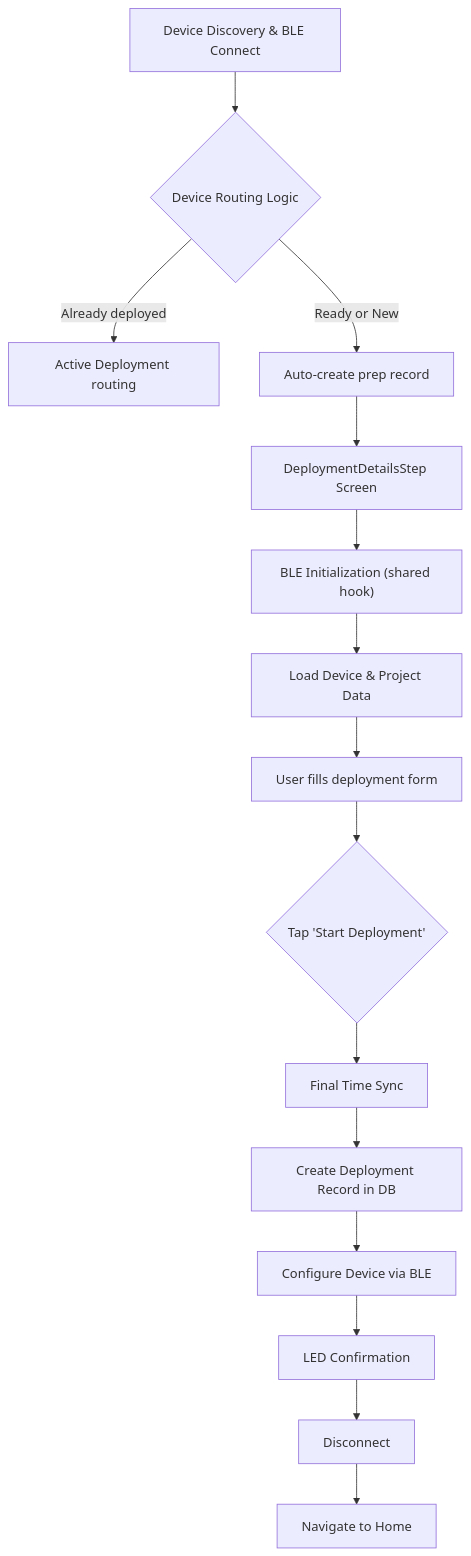
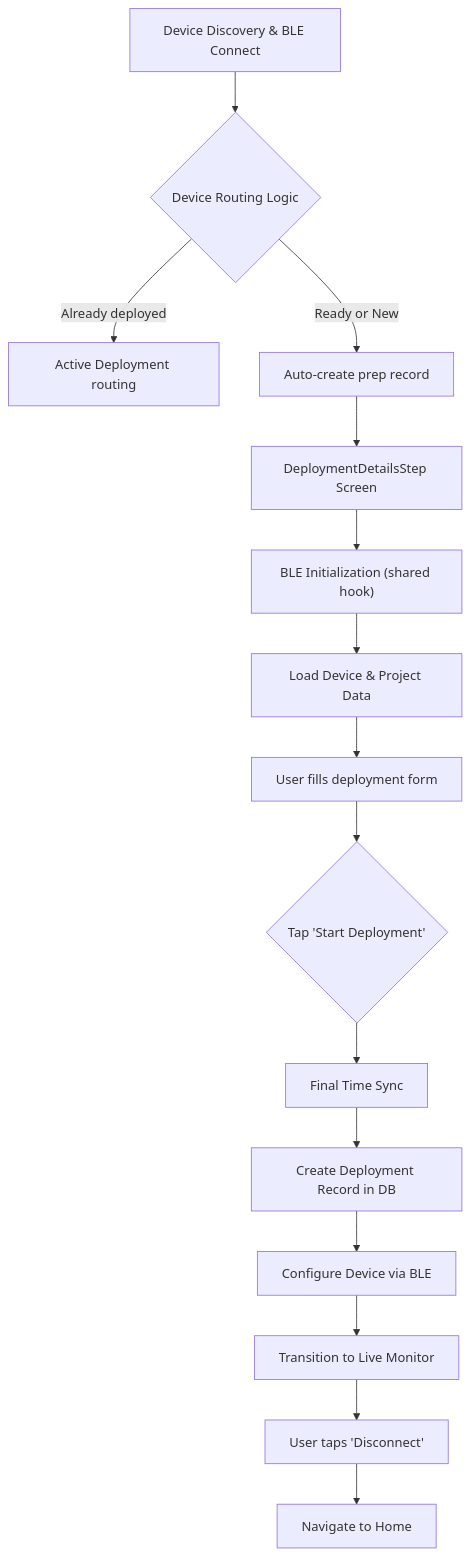
Before and after one commit to wildlifeai/ww-mobile-app: the second of 3 diagrams in documentation/onboarding/04-DEVICE-FLOWS.md, drawn with Mermaid. The commit also changed other lines of this file and 24 other files, not shown here.

````diff
--- a/documentation/onboarding/04-DEVICE-FLOWS.md
+++ b/documentation/onboarding/04-DEVICE-FLOWS.md
@@ -64,18 +64,18 @@
 ```mermaid
 flowchart TD
     A["Device Discovery & BLE Connect"] --> B{"Device Routing Logic"}
     B -- "Already deployed" --> C["Active Deployment routing"]
     B -- "Ready or New" --> D["Auto-create prep record"]
     D --> E["DeploymentDetailsStep Screen"]
     
     E --> F["BLE Initialization (shared hook)"]
     F --> G["Load Device & Project Data"]
     G --> H["User fills deployment form"]
     H --> I{"Tap 'Start Deployment'"}
     I --> J["Final Time Sync"]
     J --> K["Create Deployment Record in DB"]
     K --> L["Configure Device via BLE"]
-    L --> M["LED Confirmation"]
-    M --> N["Disconnect"]
+    L --> M["Transition to Live Monitor"]
+    M --> N["User taps 'Disconnect'"]
     N --> O["Navigate to Home"]
 ```
````
